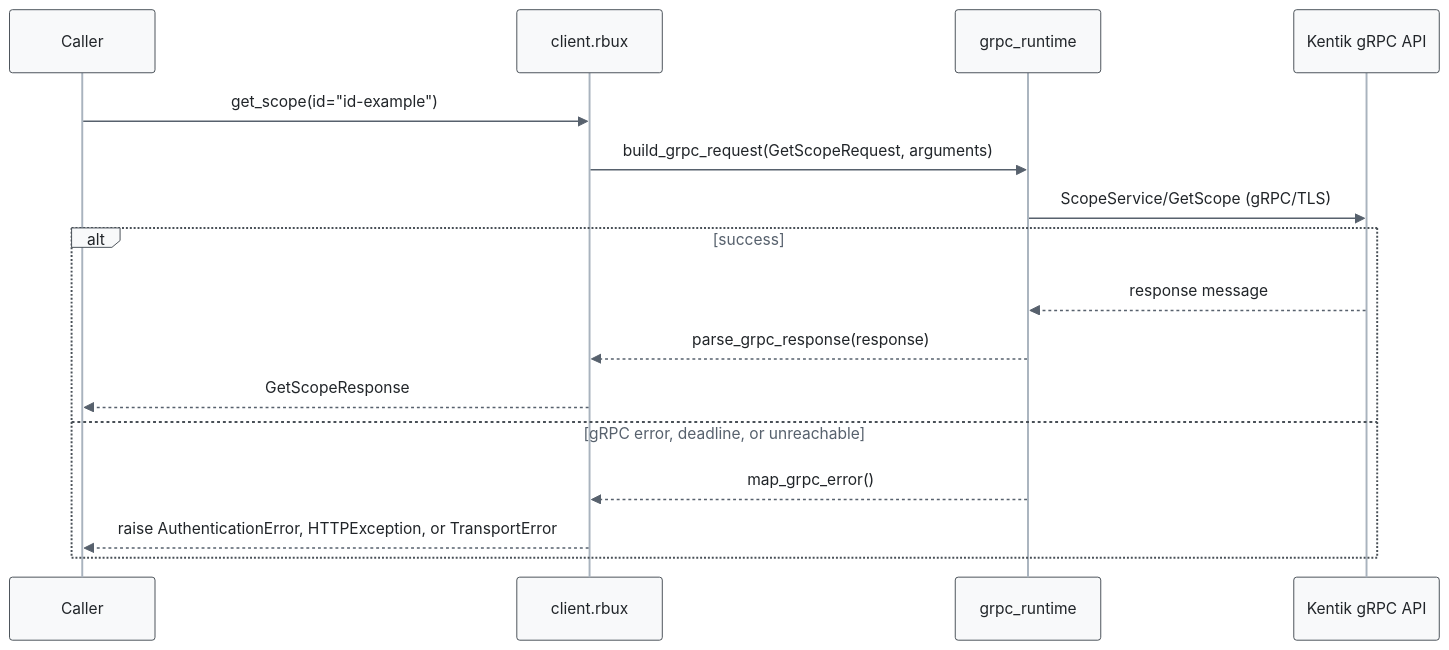
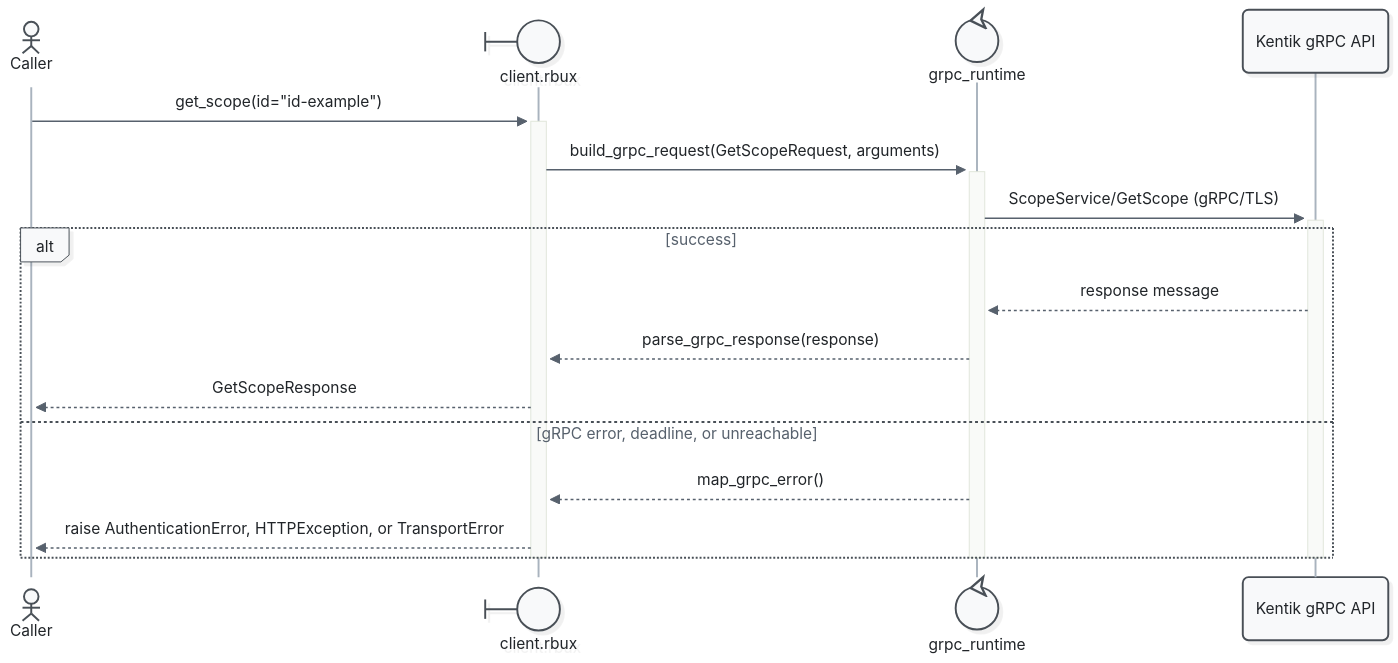
The sixth of 11 diagrams in docs/sphinx/services/rbux.md (alexdearaujo/community_sdk_python), drawn with Mermaid before and after one commit. The commit also changed other lines of this file and 52 other files, not shown here.

First line of the commit message:
docs: Mermaid 12 sequence diagrams with participant types and path colors

````diff
--- a/docs/sphinx/services/rbux.md
+++ b/docs/sphinx/services/rbux.md
@@ -204,20 +216,23 @@
 ```mermaid
-%%{init: {"theme": "base", "fontFamily": "ui-monospace, SFMono-Regular, Menlo, monospace", "themeVariables": {"fontFamily": "ui-monospace, SFMono-Regular, Menlo, monospace", "primaryColor": "#f8f9fa", "primaryBorderColor": "#495057", "primaryTextColor": "#212529", "textColor": "#212529", "lineColor": "#77818c", "edgeLabelBackground": "#ffffff", "actorBkg": "#f8f9fa", "actorBorder": "#495057", "actorTextColor": "#212529", "actorLineColor": "#a9b3be", "signalColor": "#57616d", "signalTextColor": "#212529", "labelBoxBkgColor": "#f8f9fa", "labelBoxBorderColor": "#495057", "labelTextColor": "#212529", "loopTextColor": "#57616d", "noteBkgColor": "#fff9db", "noteBorderColor": "#f08c00", "noteTextColor": "#a35a00"}, "flowchart": {"curve": "step", "nodeSpacing": 30, "rankSpacing": 70, "wrappingWidth": 400}}}%%
+%%{init: {"theme": "redux", "look": "neo", "layout": "dagre", "fontFamily": "ui-monospace, SFMono-Regular, Menlo, monospace", "themeVariables": {"fontFamily": "ui-monospace, SFMono-Regular, Menlo, monospace", "primaryColor": "#f8f9fa", "primaryBorderColor": "#495057", "primaryTextColor": "#212529", "textColor": "#212529", "lineColor": "#77818c", "edgeLabelBackground": "#ffffff", "actorBkg": "#f8f9fa", "actorBorder": "#495057", "actorTextColor": "#212529", "actorLineColor": "#a9b3be", "signalColor": "#57616d", "signalTextColor": "#212529", "labelBoxBkgColor": "#f8f9fa", "labelBoxBorderColor": "#495057", "labelTextColor": "#212529", "loopTextColor": "#57616d", "noteBkgColor": "#fff9db", "noteBorderColor": "#f08c00", "noteTextColor": "#a35a00"}, "sequence": {"activationWidth": 16}, "flowchart": {"curve": "step", "nodeSpacing": 30, "rankSpacing": 70, "wrappingWidth": 400}}}%%
 sequenceDiagram
-    participant C as Caller
-    participant W as client.rbux
-    participant R as grpc_runtime
+    actor C as Caller
+    participant W@{ "type": "boundary" } as client.rbux
+    participant R@{ "type": "control" } as grpc_runtime
     participant API as Kentik gRPC API
 
-    C->>W: get_scope(id="id-example")
-    W->>R: build_grpc_request(GetScopeRequest, arguments)
-    R->>API: ScopeService/GetScope (gRPC/TLS)
+    C->>+W: get_scope(id="id-example")
+    W->>+R: build_grpc_request(GetScopeRequest, arguments)
+    R->>+API: ScopeService/GetScope (gRPC/TLS)
     alt success
         API-->>R: response message
         R-->>W: parse_grpc_response(response)
         W-->>C: GetScopeResponse
     else gRPC error, deadline, or unreachable
         R-->>W: map_grpc_error()
         W-->>C: raise AuthenticationError, HTTPException, or TransportError
     end
+    deactivate API
+    deactivate R
+    deactivate W
 ```
````
